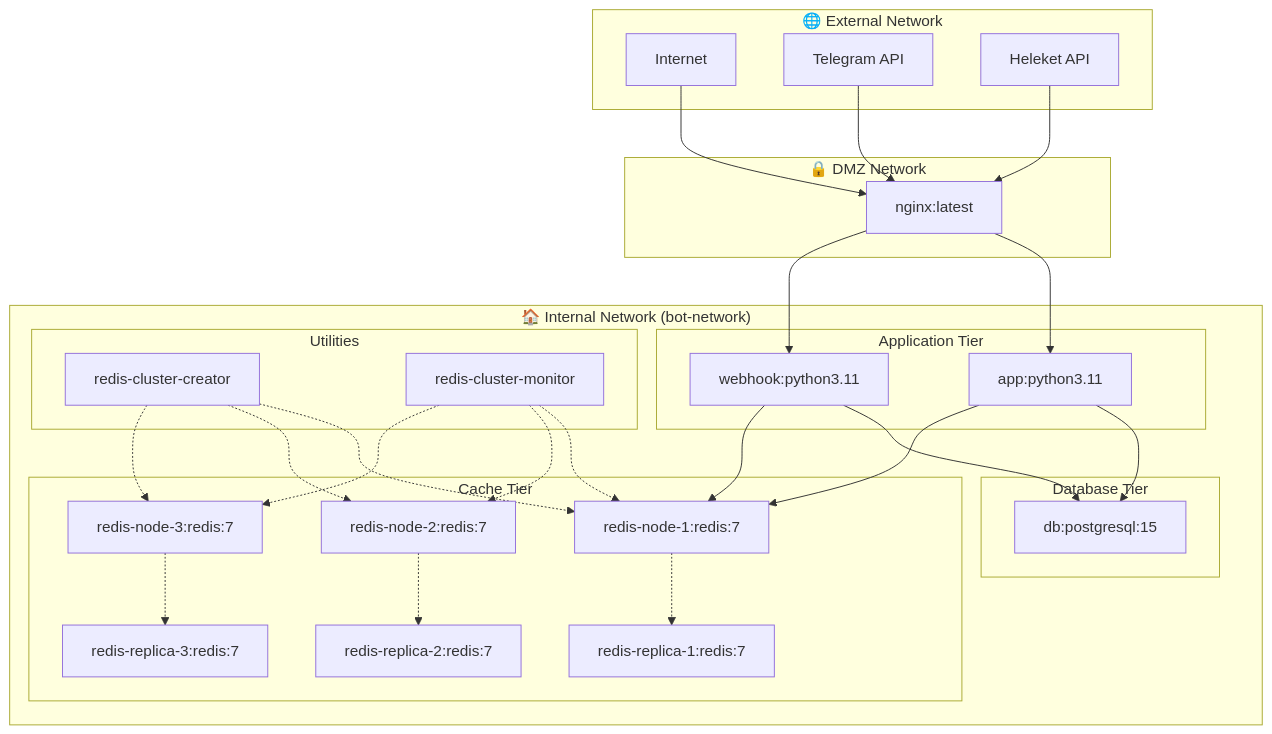
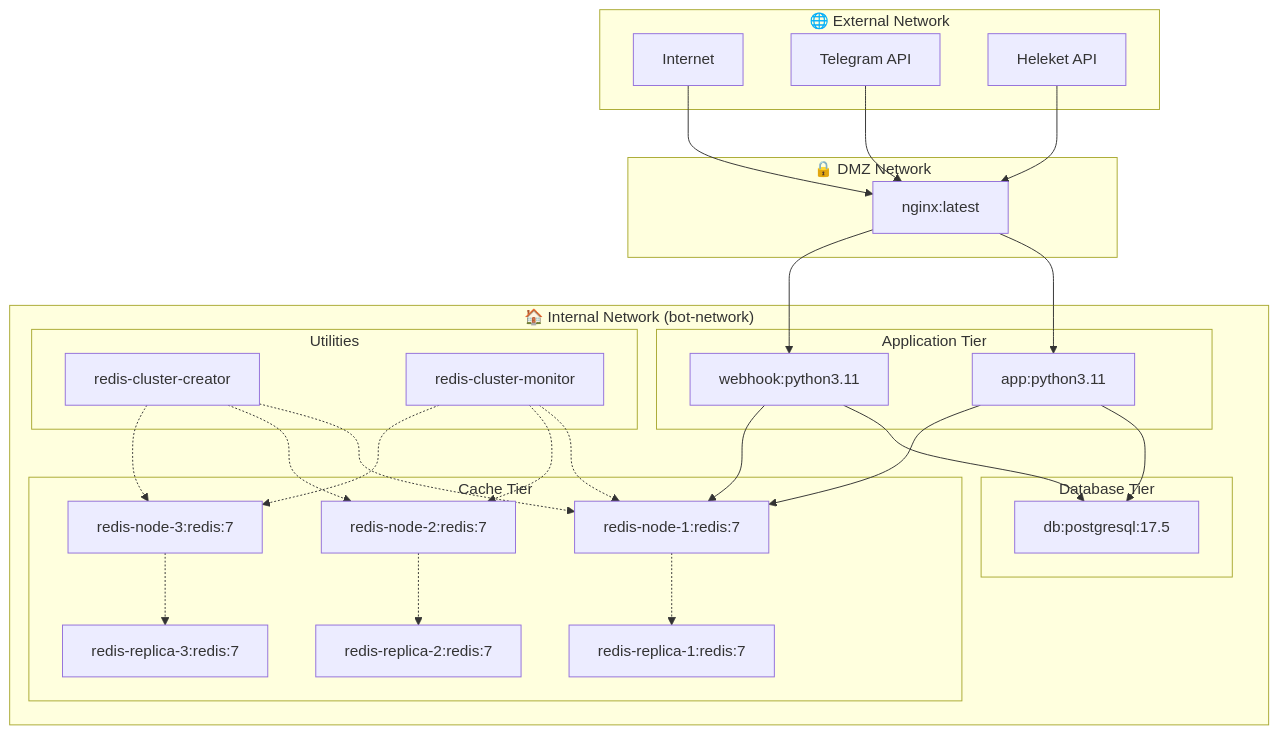
The second of 12 diagrams in docs/DEPLOYMENT.md (neKamita/Mirza-Telegram-Shop-Bot), drawn with Mermaid before and after one commit. The commit also changed other lines of this file and 7 other files, not shown here.

````diff
--- a/docs/DEPLOYMENT.md
+++ b/docs/DEPLOYMENT.md
@@ -11,63 +83,62 @@
 ```mermaid
 graph TB
     subgraph "🌐 External Network"
         INET[Internet]
         TG_API[Telegram API]
         HELEKET[Heleket API]
     end
-    
+
     subgraph "🔒 DMZ Network"
         NGINX[nginx:latest]
     end
-    
+
     subgraph "🏠 Internal Network (bot-network)"
         subgraph "Application Tier"
             APP[app:python3.11]
             WEBHOOK[webhook:python3.11]
         end
-        
+
         subgraph "Database Tier"
-            PG[db:postgresql:15]
+            PG[db:postgresql:17.5]
         end
-        
+
         subgraph "Cache Tier"
             R1[redis-node-1:redis:7]
             R2[redis-node-2:redis:7]
             R3[redis-node-3:redis:7]
             RR1[redis-replica-1:redis:7]
             RR2[redis-replica-2:redis:7]
             RR3[redis-replica-3:redis:7]
         end
-        
+
         subgraph "Utilities"
             RC[redis-cluster-creator]
             RM[redis-cluster-monitor]
         end
     end
-    
+
     INET --> NGINX
     TG_API --> NGINX
     HELEKET --> NGINX
-    
+
     NGINX --> APP
     NGINX --> WEBHOOK
-    
+
     APP --> PG
     WEBHOOK --> PG
-    
+
     APP --> R1
     WEBHOOK --> R1
-    
+
     R1 -.-> RR1
     R2 -.-> RR2
     R3 -.-> RR3
-    
+
     RC -.-> R1
     RC -.-> R2
     RC -.-> R3
-    
+
     RM -.-> R1
     RM -.-> R2
     RM -.-> R3
-    
 ```
````
